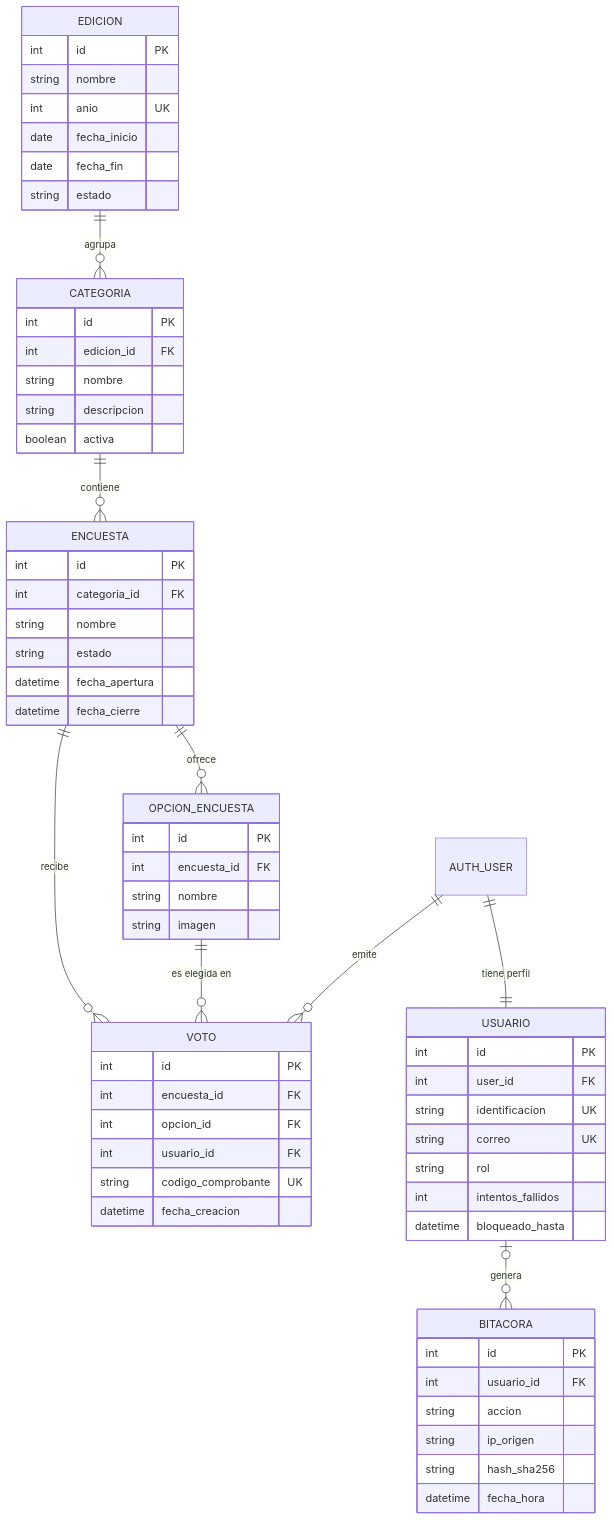
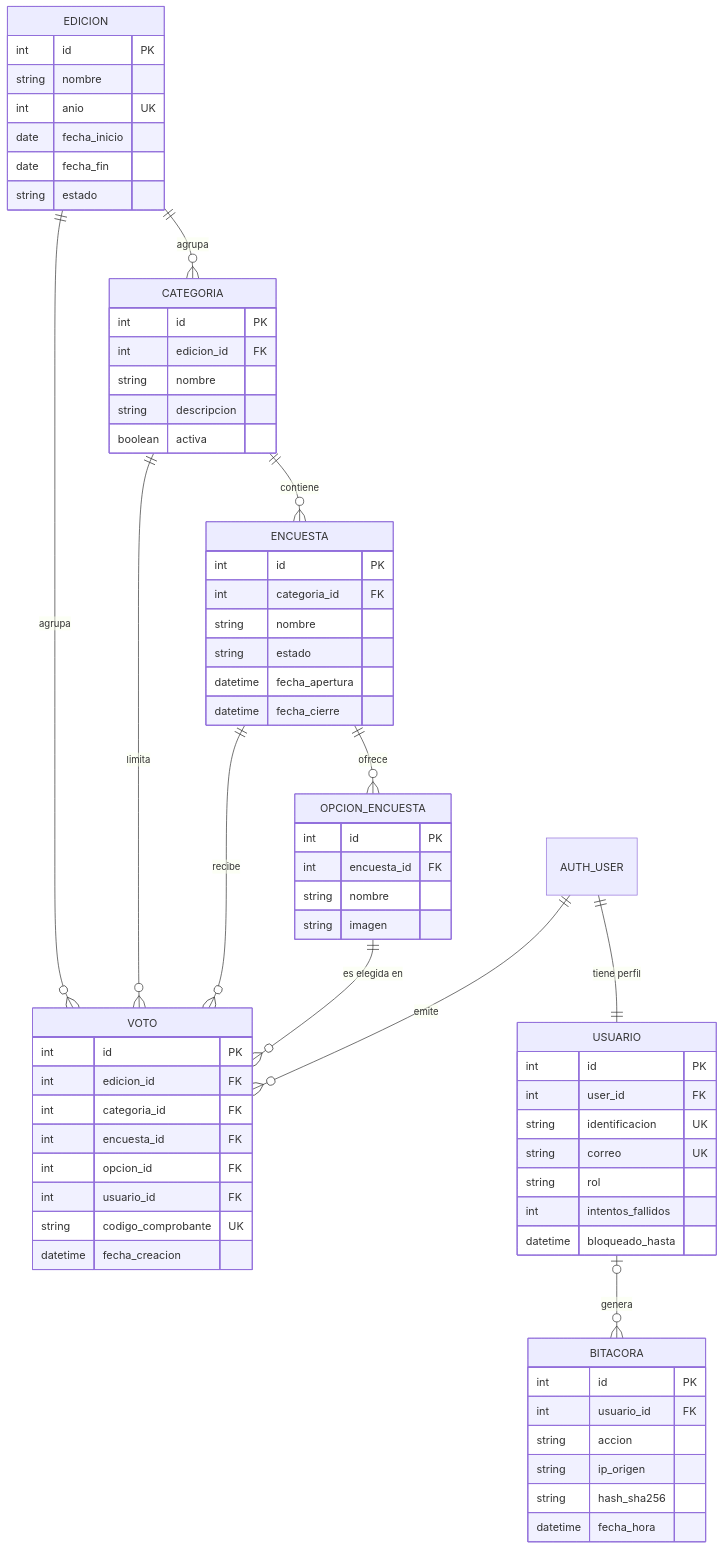
The second of 2 diagrams in README.md (jhonlemus05/festival-vallenato-2027), drawn with Mermaid before and after one commit. The commit also changed other lines of this file and 24 other files, not shown here.

````diff
--- a/README.md
+++ b/README.md
@@ -120,66 +129,70 @@
 ```mermaid
 erDiagram
     EDICION ||--o{ CATEGORIA : agrupa
     CATEGORIA ||--o{ ENCUESTA : contiene
     ENCUESTA ||--o{ OPCION_ENCUESTA : ofrece
+    EDICION ||--o{ VOTO : "agrupa"
+    CATEGORIA ||--o{ VOTO : "limita"
     ENCUESTA ||--o{ VOTO : recibe
     OPCION_ENCUESTA ||--o{ VOTO : "es elegida en"
     AUTH_USER ||--o{ VOTO : emite
     AUTH_USER ||--|| USUARIO : "tiene perfil"
     USUARIO |o--o{ BITACORA : genera
 
     EDICION {
         int id PK
         string nombre
         int anio UK
         date fecha_inicio
         date fecha_fin
         string estado
     }
     CATEGORIA {
         int id PK
         int edicion_id FK
         string nombre
         string descripcion
         boolean activa
     }
     ENCUESTA {
         int id PK
         int categoria_id FK
         string nombre
         string estado
         datetime fecha_apertura
         datetime fecha_cierre
     }
     OPCION_ENCUESTA {
         int id PK
         int encuesta_id FK
         string nombre
         string imagen
     }
     VOTO {
         int id PK
+        int edicion_id FK
+        int categoria_id FK
         int encuesta_id FK
         int opcion_id FK
         int usuario_id FK
         string codigo_comprobante UK
         datetime fecha_creacion
     }
     USUARIO {
         int id PK
         int user_id FK
         string identificacion UK
         string correo UK
         string rol
         int intentos_fallidos
         datetime bloqueado_hasta
     }
     BITACORA {
         int id PK
         int usuario_id FK
         string accion
         string ip_origen
         string hash_sha256
         datetime fecha_hora
     }
 ```
````
